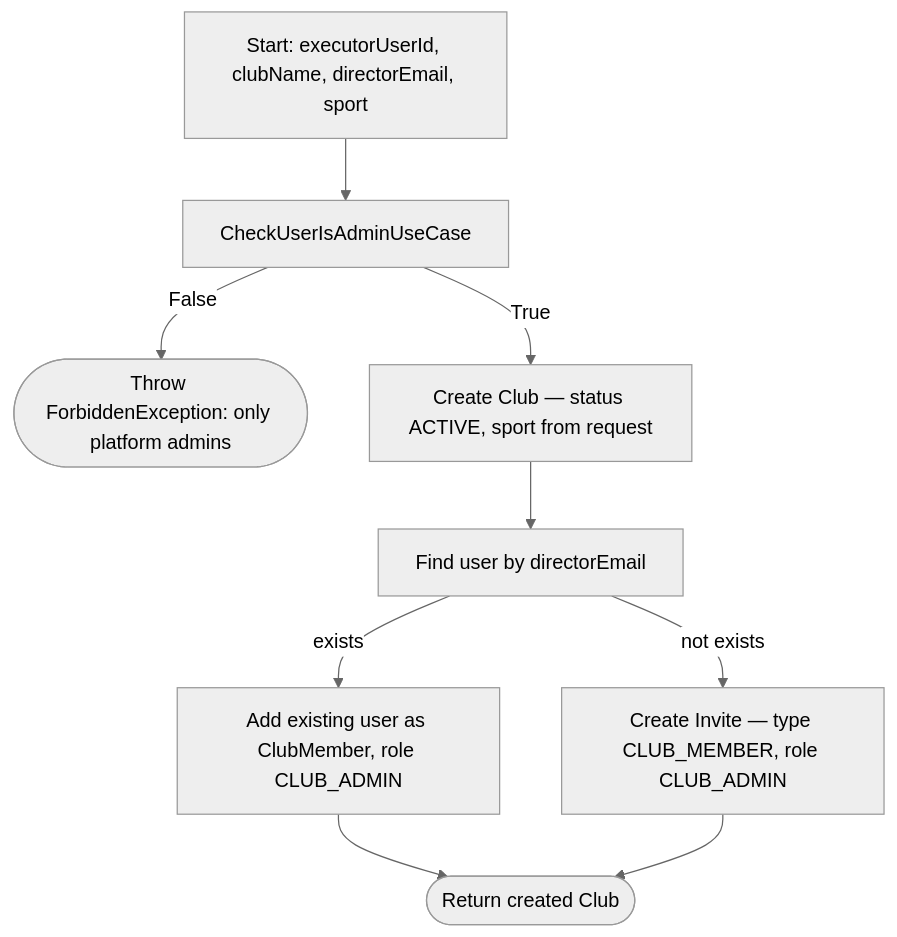
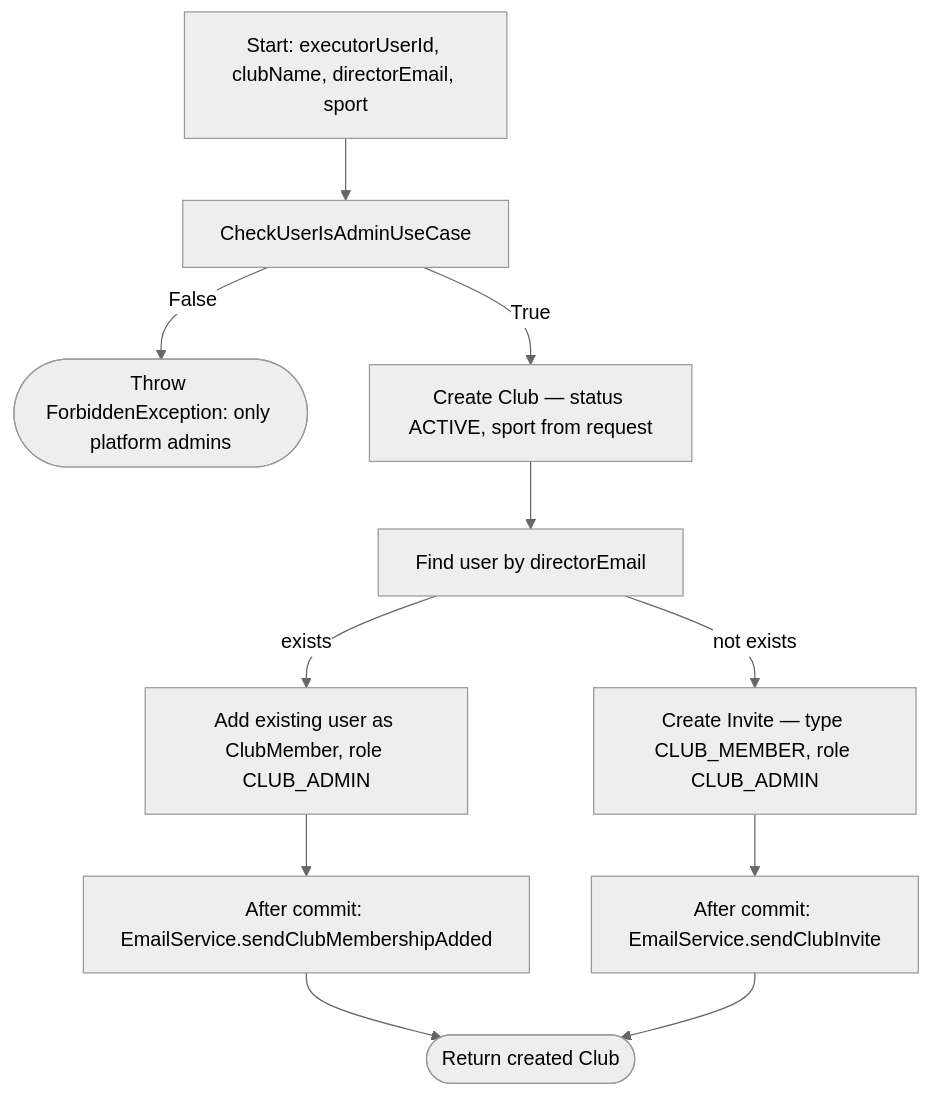
Before and after one commit to ricardofrango/squadify: the eighth of 45 diagrams in PROCESS_FLOWS.md, drawn with Mermaid (neutral theme). The commit also changed other lines of this file and 1 other file, not shown here.

First line of the commit message:
Update PROCESS_FLOWS.md flowcharts for the email step, add notifications to roadmap

````diff
--- a/PROCESS_FLOWS.md
+++ b/PROCESS_FLOWS.md
@@ -191,11 +191,13 @@
 ```mermaid
 graph TD
     A[Start: executorUserId, clubName, directorEmail, sport] --> B[CheckUserIsAdminUseCase]
     B -- False --> F(["Throw ForbiddenException: only platform admins"])
     B -- True --> C[Create Club — status ACTIVE, sport from request]
     C --> D[Find user by directorEmail]
     D -- exists --> E[Add existing user as ClubMember, role CLUB_ADMIN]
     D -- not exists --> G[Create Invite — type CLUB_MEMBER, role CLUB_ADMIN]
-    E --> Z(["Return created Club"])
-    G --> Z
+    E --> H["After commit: EmailService.sendClubMembershipAdded"]
+    G --> I["After commit: EmailService.sendClubInvite"]
+    H --> Z(["Return created Club"])
+    I --> Z
 ```
````
